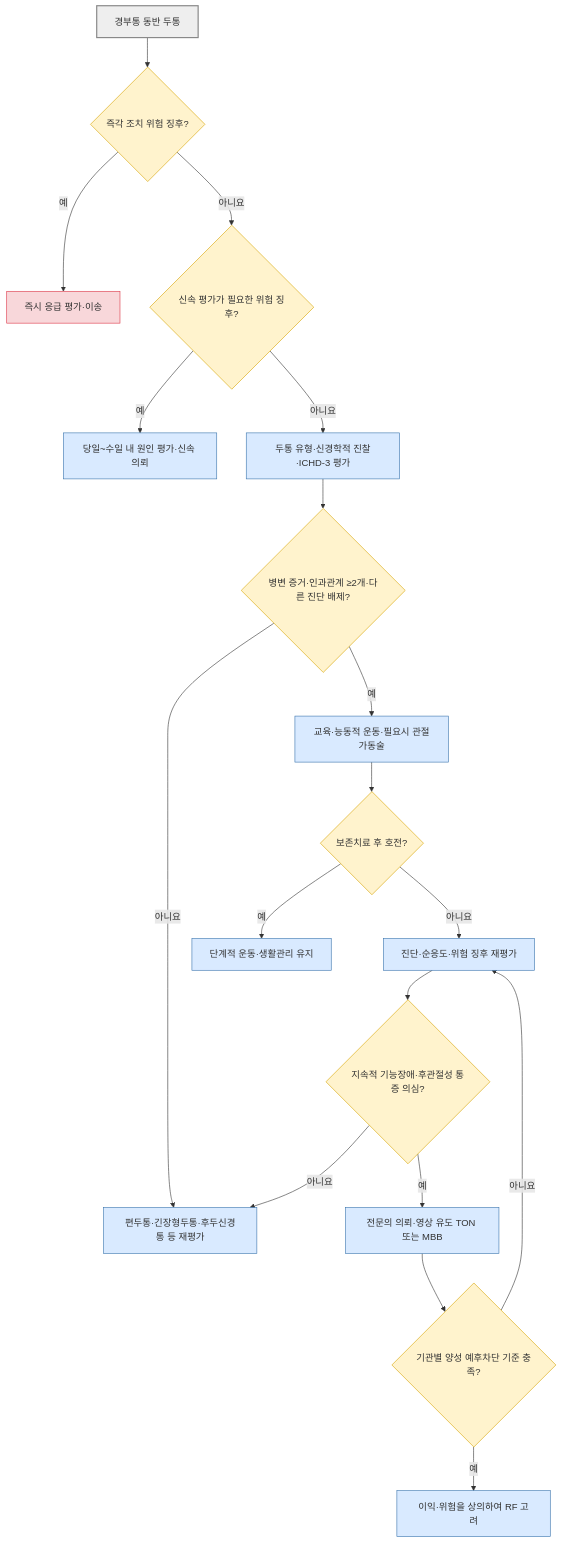
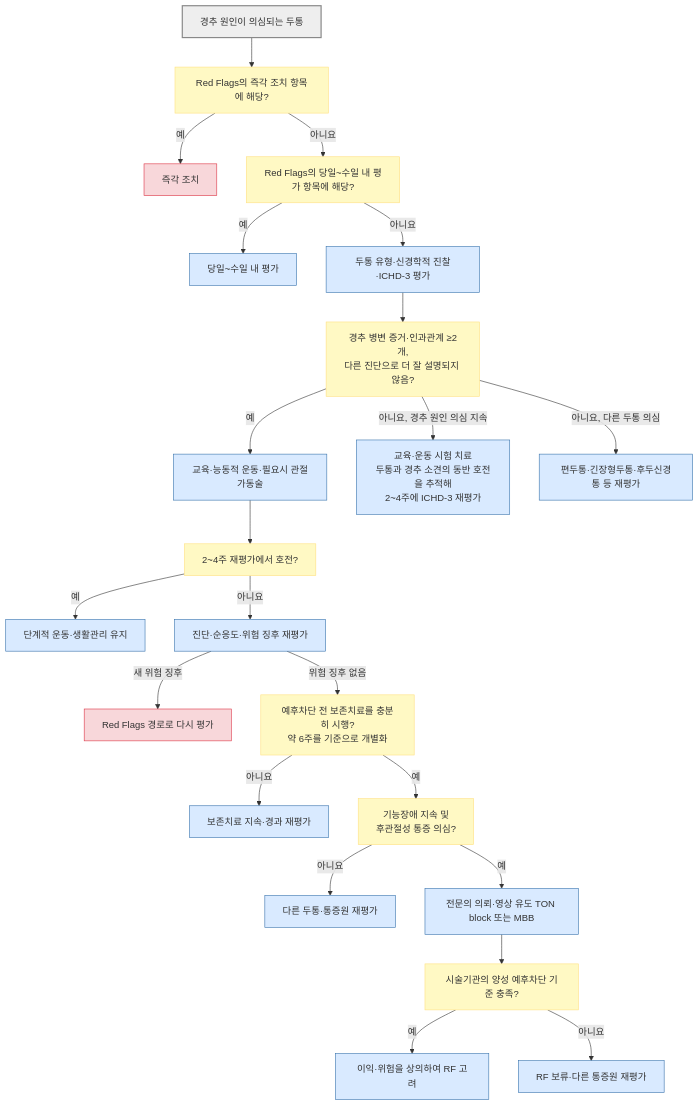
One commit to familyoh77/familyoh77 changed the diagram in 221_/019_-cervicogenic-headache.md. Above: the diagram before and after it, drawn with Mermaid. The commit also changed other lines of this file, not shown here.

````diff
--- a/221_/019_-cervicogenic-headache.md
+++ b/221_/019_-cervicogenic-headache.md
@@ -148,28 +156,33 @@
 ```mermaid
 flowchart TD
-    A["경부통 동반 두통"] --> B{"즉각 조치 위험 징후?"}
-    B -- "예" --> C["즉시 응급 평가·이송"]
-    B -- "아니요" --> D{"신속 평가가 필요한 위험 징후?"}
-    D -- "예" --> E["당일~수일 내 원인 평가·신속 의뢰"]
+    A["경추 원인이 의심되는 두통"] --> B["Red Flags의 즉각 조치 항목에 해당?"]
+    B -- "예" --> C["즉각 조치"]
+    B -- "아니요" --> D["Red Flags의 당일~수일 내 평가 항목에 해당?"]
+    D -- "예" --> E["당일~수일 내 평가"]
     D -- "아니요" --> F["두통 유형·신경학적 진찰·ICHD-3 평가"]
-    F --> G{"병변 증거·인과관계 ≥2개·다른 진단 배제?"}
-    G -- "아니요" --> H["편두통·긴장형두통·후두신경통 등 재평가"]
+    F --> G["경추 병변 증거·인과관계 ≥2개,<br/>다른 진단으로 더 잘 설명되지 않음?"]
     G -- "예" --> I["교육·능동적 운동·필요시 관절가동술"]
-    I --> J{"보존치료 후 호전?"}
+    G -- "아니요, 경추 원인 의심 지속" --> G2["교육·운동 시험 치료<br/>두통과 경추 소견의 동반 호전을 추적해<br/>2~4주에 ICHD-3 재평가"]
+    G -- "아니요, 다른 두통 의심" --> H["편두통·긴장형두통·후두신경통 등 재평가"]
+    I --> J["2~4주 재평가에서 호전?"]
     J -- "예" --> K["단계적 운동·생활관리 유지"]
     J -- "아니요" --> L["진단·순응도·위험 징후 재평가"]
-    L --> M{"지속적 기능장애·후관절성 통증 의심?"}
-    M -- "아니요" --> H
-    M -- "예" --> N["전문의 의뢰·영상 유도 TON 또는 MBB"]
-    N --> O{"기관별 양성 예후차단 기준 충족?"}
+    L -- "새 위험 징후" --> B2["Red Flags 경로로 다시 평가"]
+    L -- "위험 징후 없음" --> M0["예후차단 전 보존치료를 충분히 시행?<br/>약 6주를 기준으로 개별화"]
+    M0 -- "아니요" --> K2["보존치료 지속·경과 재평가"]
+    M0 -- "예" --> M["기능장애 지속 및<br/>후관절성 통증 의심?"]
+    M -- "아니요" --> H2["다른 두통·통증원 재평가"]
+    M -- "예" --> N["전문의 의뢰·영상 유도 TON block 또는 MBB"]
+    N --> O["시술기관의 양성 예후차단 기준 충족?"]
     O -- "예" --> P["이익·위험을 상의하여 RF 고려"]
-    O -- "아니요" --> L
-    classDef start fill:#eee,stroke:#888,stroke-width:2px;
-    classDef decision fill:#fff3cd,stroke:#d6a400;
-    classDef emergency fill:#f8d7da,stroke:#dc3545;
-    classDef care fill:#d9eaff,stroke:#3973ac;
-    class A start;
-    class B,D,G,J,M,O decision;
-    class C emergency;
-    class E,F,H,I,K,L,N,P care;
+    O -- "아니요" --> Q["RF 보류·다른 통증원 재평가"]
+
+    classDef start fill:#eeeeee,stroke:#888888,stroke-width:2px
+    classDef question fill:#fff9c4,stroke:#ffe082
+    classDef emergency fill:#f8d7da,stroke:#dc3545
+    classDef care fill:#d9eaff,stroke:#3973ac
+    class A start
+    class B,D,G,J,M0,M,O question
+    class C,B2 emergency
+    class E,F,G2,H,I,K,K2,L,H2,N,P,Q care
 ```
````
